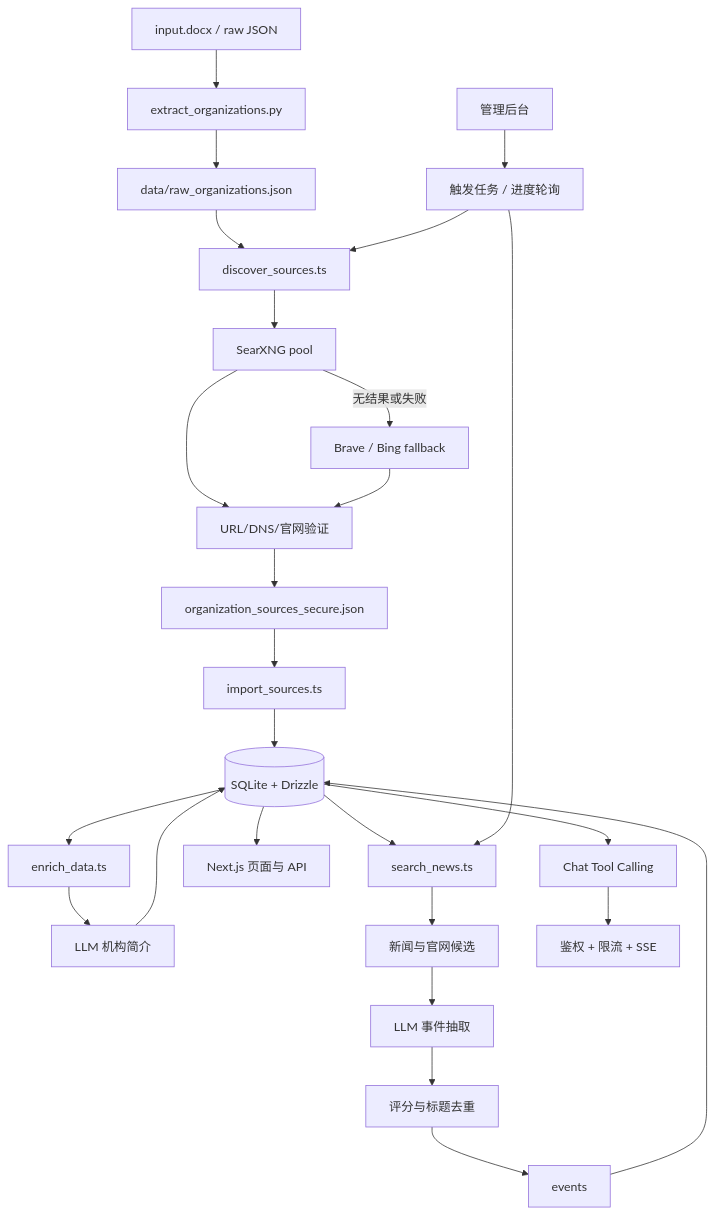
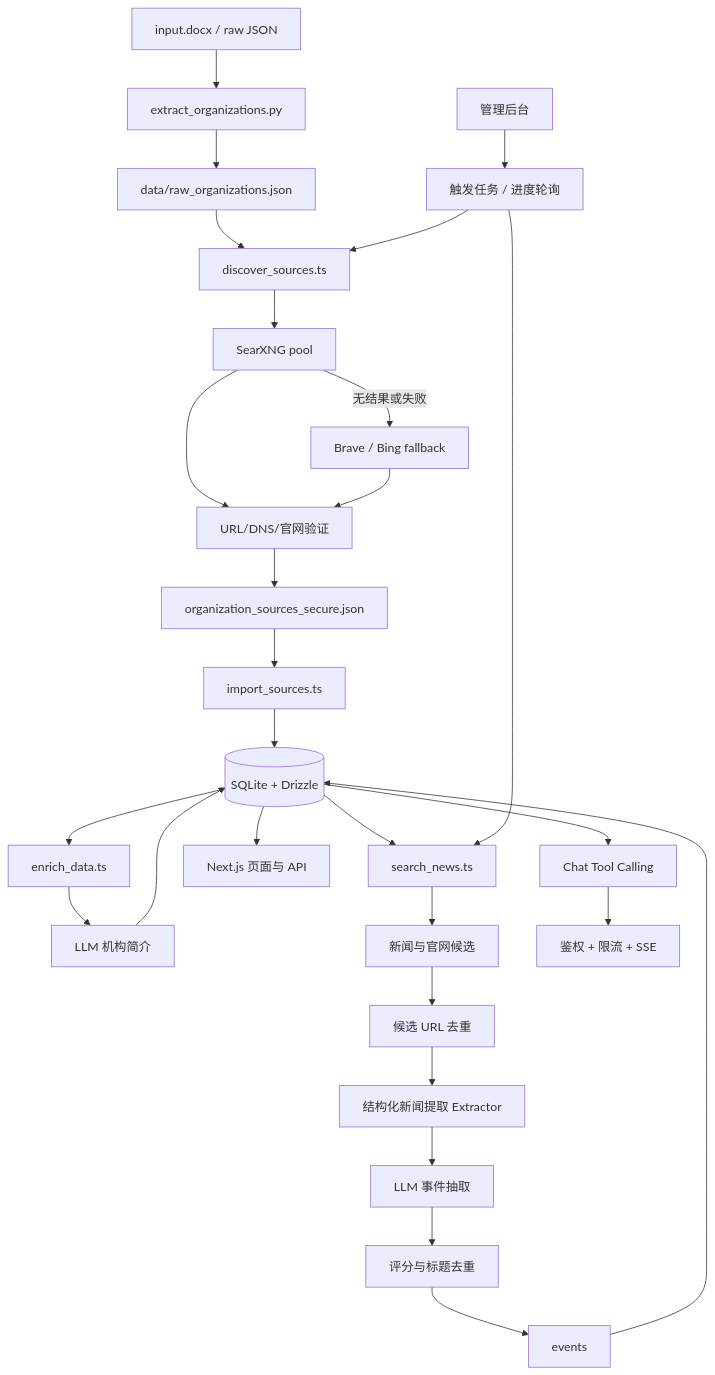
Before and after one commit to Gyuan29/test: the diagram in README.md, drawn with Mermaid. The commit also changed other lines of this file and 28 other files, not shown here.

````diff
--- a/README.md
+++ b/README.md
@@ -58,28 +62,30 @@
 ```mermaid
 flowchart TD
   A[input.docx / raw JSON] --> B[extract_organizations.py]
   B --> C[data/raw_organizations.json]
   C --> D[discover_sources.ts]
   D --> E[SearXNG pool]
   E -->|无结果或失败| F[Brave / Bing fallback]
   E --> G[URL/DNS/官网验证]
   F --> G
   G --> H[organization_sources_secure.json]
   H --> I[import_sources.ts]
   I --> J[(SQLite + Drizzle)]
   J --> K[enrich_data.ts]
   K --> L[LLM 机构简介]
   L --> J
   J --> M[search_news.ts]
   M --> N[新闻与官网候选]
-  N --> O[LLM 事件抽取]
-  O --> P[评分与标题去重]
-  P --> Q[events]
-  Q --> J
-  J --> R[Next.js 页面与 API]
-  J --> S[Chat Tool Calling]
-  S --> T[鉴权 + 限流 + SSE]
-  U[管理后台] --> V[触发任务 / 进度轮询]
-  V --> D
-  V --> M
+  N --> O[候选 URL 去重]
+  O --> P[结构化新闻提取 Extractor]
+  P --> Q[LLM 事件抽取]
+  Q --> R[评分与标题去重]
+  R --> S[events]
+  S --> J
+  J --> T[Next.js 页面与 API]
+  J --> U[Chat Tool Calling]
+  U --> V[鉴权 + 限流 + SSE]
+  W[管理后台] --> X[触发任务 / 进度轮询]
+  X --> D
+  X --> M
 ```
````
